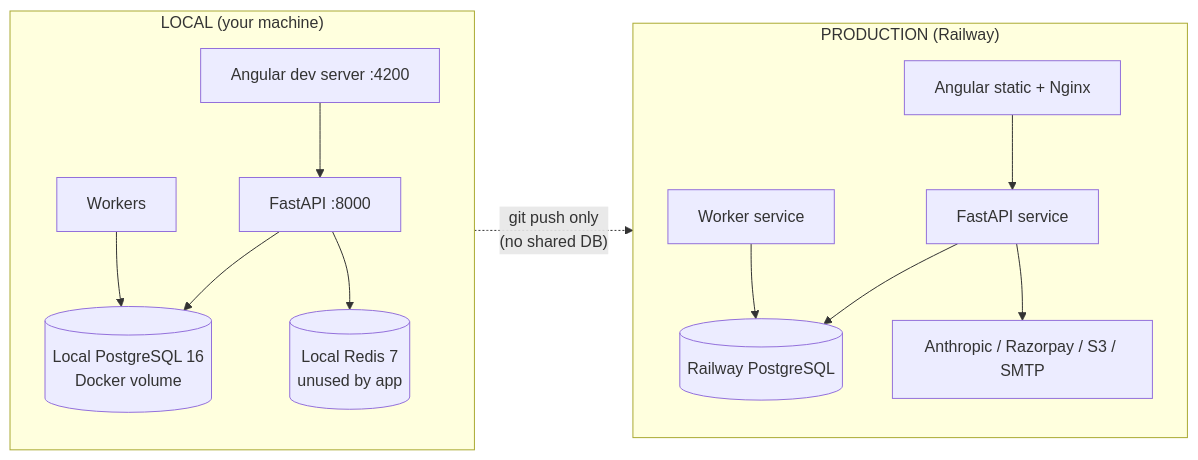
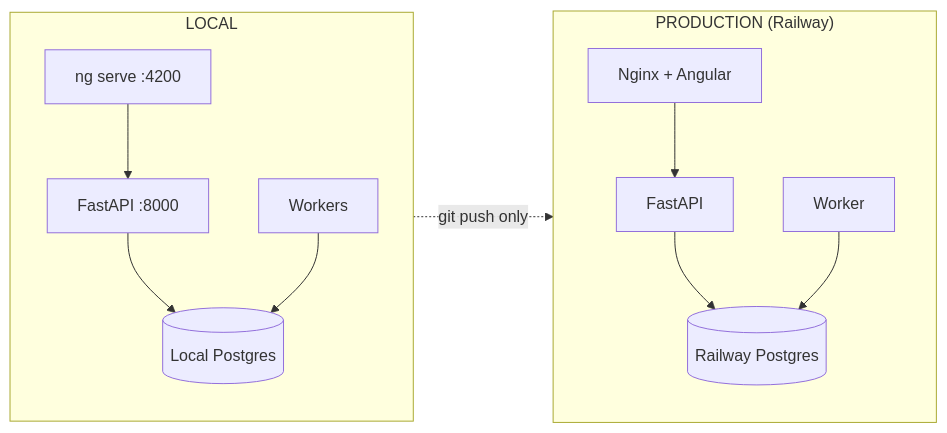
Before and after one commit to saman2ny/otheryn-platform: the diagram in products/healthcare/dental/dentalpilot-ai/ENVIRONMENT_GUIDE.md, drawn with Mermaid. The commit also changed other lines of this file and 6 other files, not shown here.

````diff
--- a/products/healthcare/dental/dentalpilot-ai/ENVIRONMENT_GUIDE.md
+++ b/products/healthcare/dental/dentalpilot-ai/ENVIRONMENT_GUIDE.md
@@ -11,16 +19,14 @@
 ```mermaid
 flowchart LR
-    subgraph LOCAL["LOCAL (your machine)"]
-      LFE[Angular dev server :4200] --> LAPI[FastAPI :8000]
-      LAPI --> LPG[(Local PostgreSQL 16\nDocker volume)]
+    subgraph LOCAL["LOCAL"]
+      LFE[ng serve :4200] --> LAPI[FastAPI :8000]
+      LAPI --> LPG[(Local Postgres)]
       LW[Workers] --> LPG
-      LAPI --> LREDIS[(Local Redis 7\nunused by app)]
     end
     subgraph PROD["PRODUCTION (Railway)"]
-      PFE[Angular static + Nginx] --> PAPI[FastAPI service]
-      PAPI --> PPG[(Railway PostgreSQL)]
-      PW[Worker service] --> PPG
-      PAPI --> PEXT[Anthropic / Razorpay / S3 / SMTP]
+      PFE[Nginx + Angular] --> PAPI[FastAPI]
+      PAPI --> PPG[(Railway Postgres)]
+      PW[Worker] --> PPG
     end
-    LOCAL -. "git push only\n(no shared DB)" .-> PROD
+    LOCAL -. "git push only" .-> PROD
 ```
````
